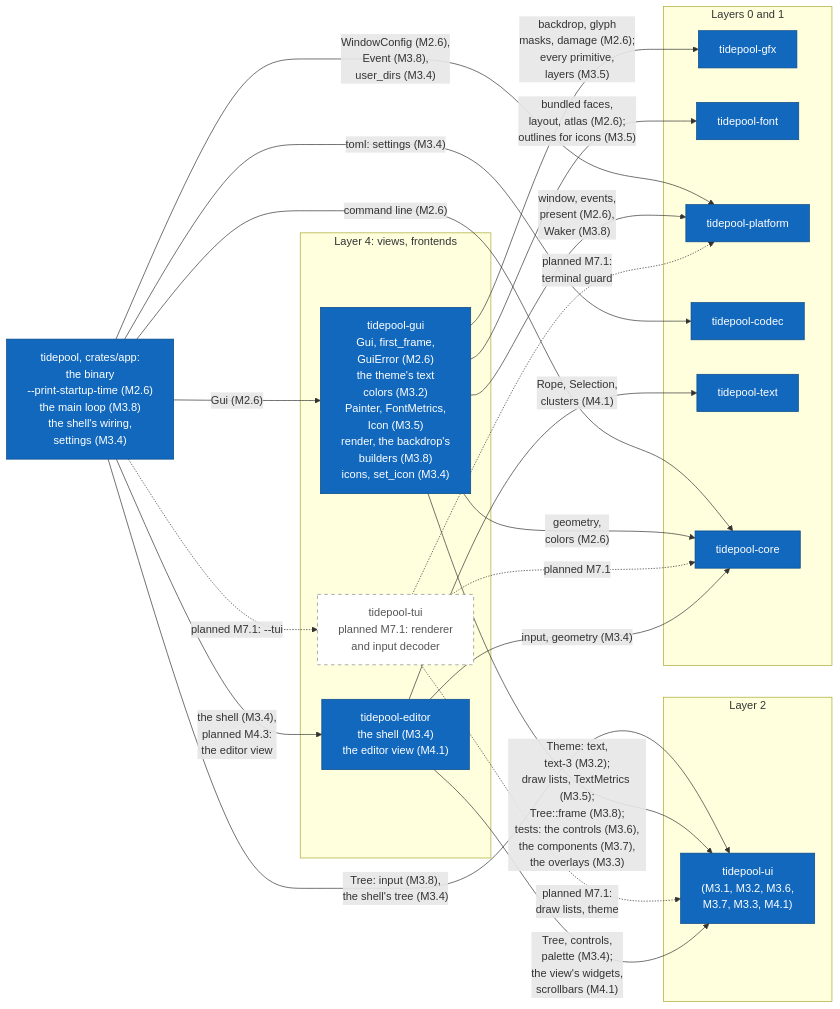
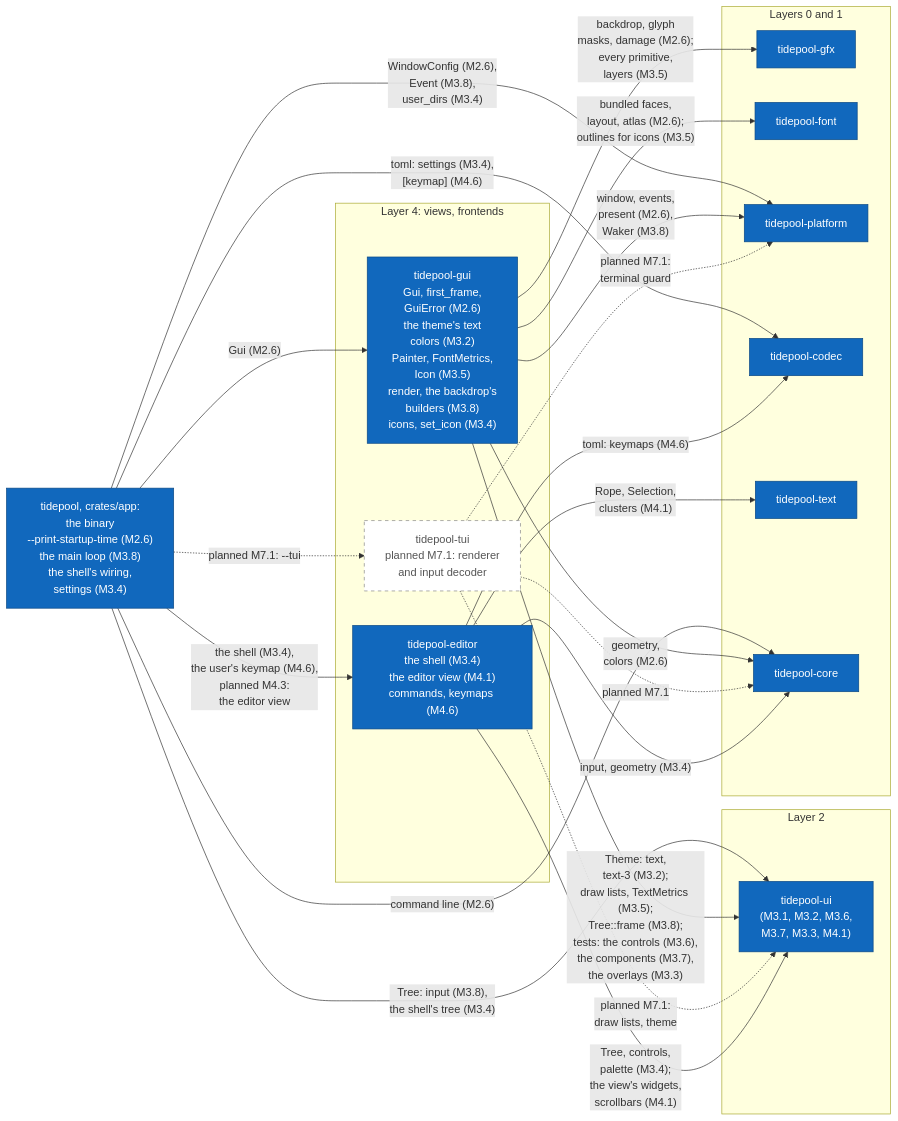
One commit to jabbott-iii/Tidepool changed the tenth of 17 diagrams in diagrams/c4-architecture.md. Above: the diagram before and after it, drawn with Mermaid. The commit also changed other lines of this file and 41 other files, not shown here.

````diff
--- a/diagrams/c4-architecture.md
+++ b/diagrams/c4-architecture.md
@@ -551,44 +558,45 @@
 ```mermaid
 flowchart LR
     k_app["tidepool, crates/app:<br/>the binary<br/>--print-startup-time (M2.6)<br/>the main loop (M3.8)<br/>the shell's wiring,<br/>settings (M3.4)"]
     subgraph L4["Layer 4: views, frontends"]
-        k_editor["tidepool-editor<br/>the shell (M3.4)<br/>the editor view (M4.1)"]
+        k_editor["tidepool-editor<br/>the shell (M3.4)<br/>the editor view (M4.1)<br/>commands, keymaps (M4.6)"]
         k_gui["tidepool-gui<br/>Gui, first_frame,<br/>GuiError (M2.6)<br/>the theme's text<br/>colors (M3.2)<br/>Painter, FontMetrics,<br/>Icon (M3.5)<br/>render, the backdrop's<br/>builders (M3.8)<br/>icons, set_icon (M3.4)"]
         k_tui["tidepool-tui<br/>planned M7.1: renderer<br/>and input decoder"]
     end
     subgraph L2["Layer 2"]
         k_ui["tidepool-ui<br/>(M3.1, M3.2, M3.6,<br/>M3.7, M3.3, M4.1)"]
     end
     subgraph L01["Layers 0 and 1"]
         k_gfx["tidepool-gfx"]
         k_font["tidepool-font"]
         k_platform["tidepool-platform"]
         k_codec["tidepool-codec"]
         k_text["tidepool-text"]
         k_core["tidepool-core"]
     end
 
     k_app -->|"Gui (M2.6)"| k_gui
     k_app -.->|"planned M7.1: --tui"| k_tui
-    k_app -->|"the shell (M3.4),<br/>planned M4.3:<br/>the editor view"| k_editor
+    k_app -->|"the shell (M3.4),<br/>the user's keymap (M4.6),<br/>planned M4.3:<br/>the editor view"| k_editor
     k_app -->|"Tree: input (M3.8),<br/>the shell's tree (M3.4)"| k_ui
-    k_app -->|"toml: settings (M3.4)"| k_codec
+    k_app -->|"toml: settings (M3.4),<br/>[keymap] (M4.6)"| k_codec
     k_app -->|"WindowConfig (M2.6),<br/>Event (M3.8),<br/>user_dirs (M3.4)"| k_platform
     k_app -->|"command line (M2.6)"| k_core
     k_gui -->|"geometry,<br/>colors (M2.6)"| k_core
     k_gui -->|"window, events,<br/>present (M2.6),<br/>Waker (M3.8)"| k_platform
     k_gui -->|"backdrop, glyph<br/>masks, damage (M2.6);<br/>every primitive,<br/>layers (M3.5)"| k_gfx
     k_gui -->|"bundled faces,<br/>layout, atlas (M2.6);<br/>outlines for icons (M3.5)"| k_font
     k_gui -->|"Theme: text,<br/>text-3 (M3.2);<br/>draw lists, TextMetrics (M3.5);<br/>Tree::frame (M3.8);<br/>tests: the controls (M3.6),<br/>the components (M3.7),<br/>the overlays (M3.3)"| k_ui
     k_tui -.->|"planned M7.1"| k_core
     k_tui -.->|"planned M7.1:<br/>terminal guard"| k_platform
     k_tui -.->|"planned M7.1:<br/>draw lists, theme"| k_ui
     k_editor -->|"Tree, controls,<br/>palette (M3.4);<br/>the view's widgets,<br/>scrollbars (M4.1)"| k_ui
     k_editor -->|"input, geometry (M3.4)"| k_core
     k_editor -->|"Rope, Selection,<br/>clusters (M4.1)"| k_text
+    k_editor -->|"toml: keymaps (M4.6)"| k_codec
 
     classDef built fill:#1168bd,stroke:#0b4884,color:#ffffff
     classDef planned fill:#ffffff,stroke:#888888,stroke-dasharray: 5 5,color:#555555
     class k_app,k_editor,k_gui,k_platform,k_codec,k_text,k_gfx,k_font,k_core,k_ui built
     class k_tui planned
 ```
````
